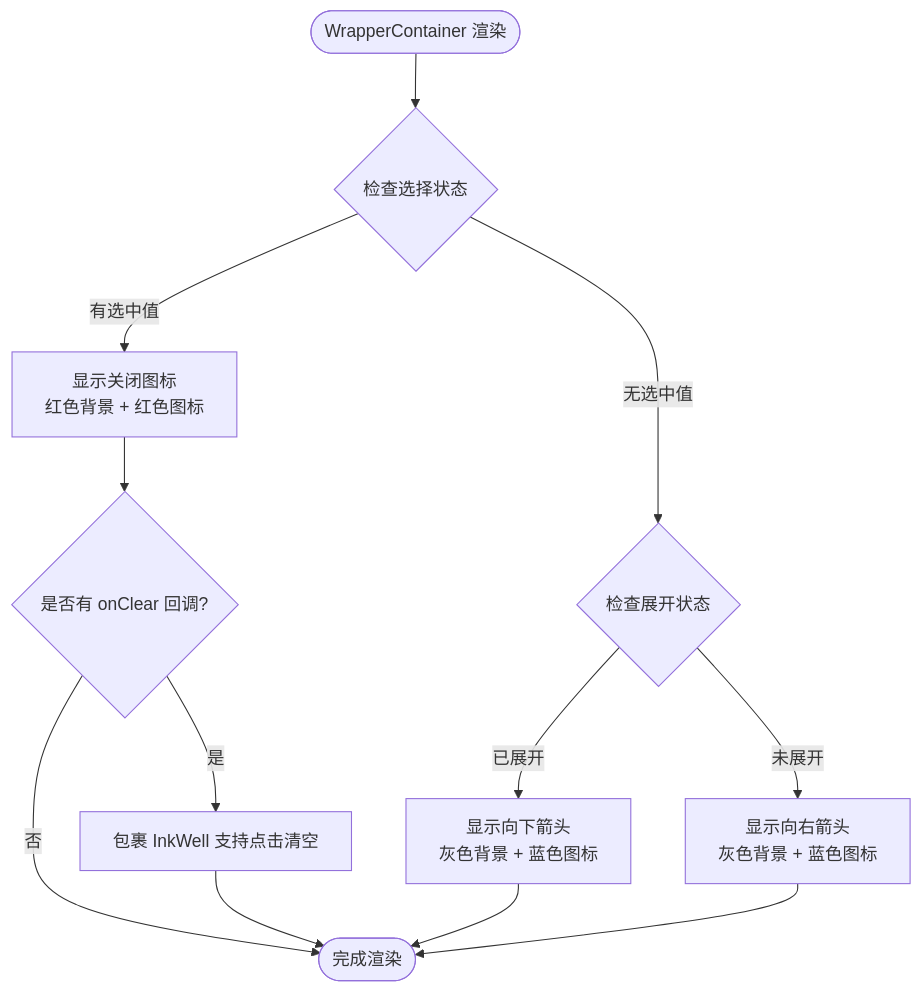
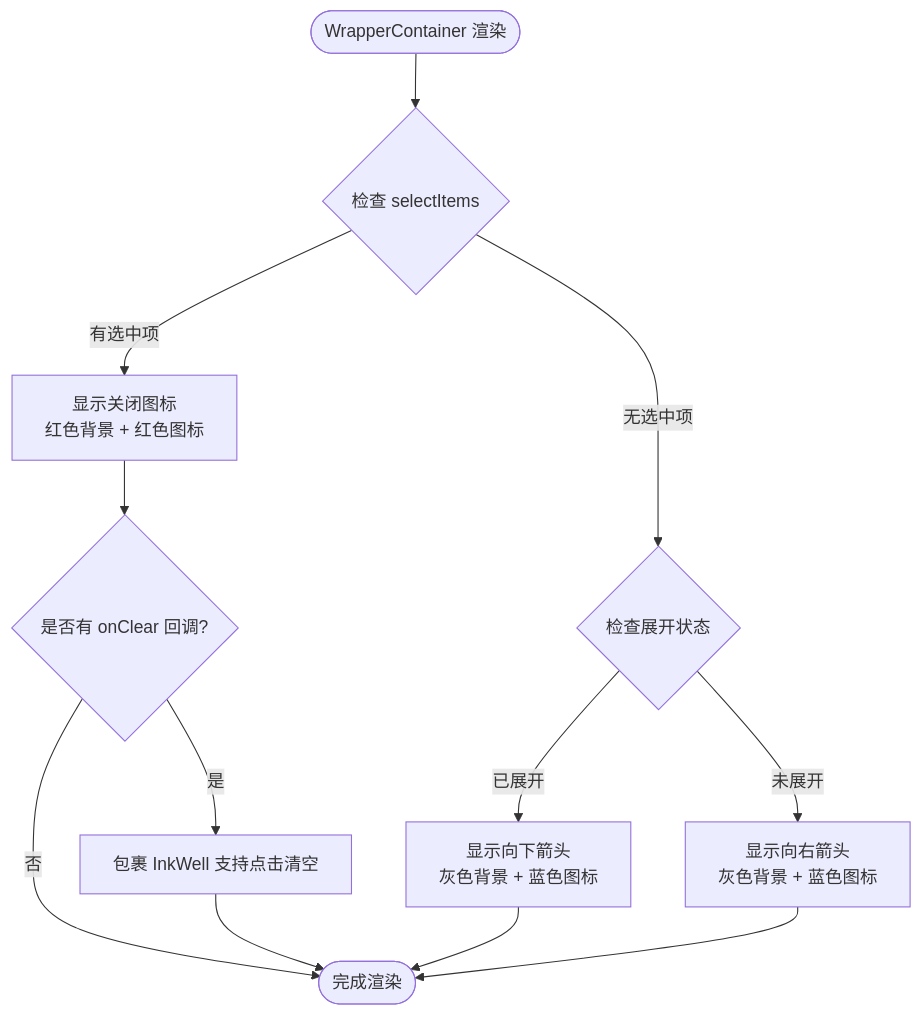
The fourth of 6 diagrams in .qoder/repowiki/zh/content/高级组件/下拉选择器.md (yuzhido/lite-ui), drawn with Mermaid before and after one commit. The commit also changed other lines of this file and 44 other files, not shown here.

````diff
--- a/.qoder/repowiki/zh/content/高级组件/下拉选择器.md
+++ b/.qoder/repowiki/zh/content/高级组件/下拉选择器.md
@@ -216,14 +218,14 @@
 ```mermaid
 flowchart TD
-Start(["WrapperContainer 渲染"]) --> CheckState{"检查选择状态"}
-CheckState --> |有选中值| Selected["显示关闭图标<br/>红色背景 + 红色图标"]
-CheckState --> |无选中值| CheckExpanded{"检查展开状态"}
+Start(["WrapperContainer 渲染"]) --> CheckState{"检查 selectItems"}
+CheckState --> |有选中项| Selected["显示关闭图标<br/>红色背景 + 红色图标"]
+CheckState --> |无选中项| CheckExpanded{"检查展开状态"}
 CheckExpanded --> |已展开| Expanded["显示向下箭头<br/>灰色背景 + 蓝色图标"]
 CheckExpanded --> |未展开| Collapsed["显示向右箭头<br/>灰色背景 + 蓝色图标"]
 Selected --> CheckClear{"是否有 onClear 回调?"}
 CheckClear --> |是| Clearable["包裹 InkWell 支持点击清空"]
 CheckClear --> |否| End(["完成渲染"])
 Clearable --> End
 Expanded --> End
 Collapsed --> End
 ```
````
